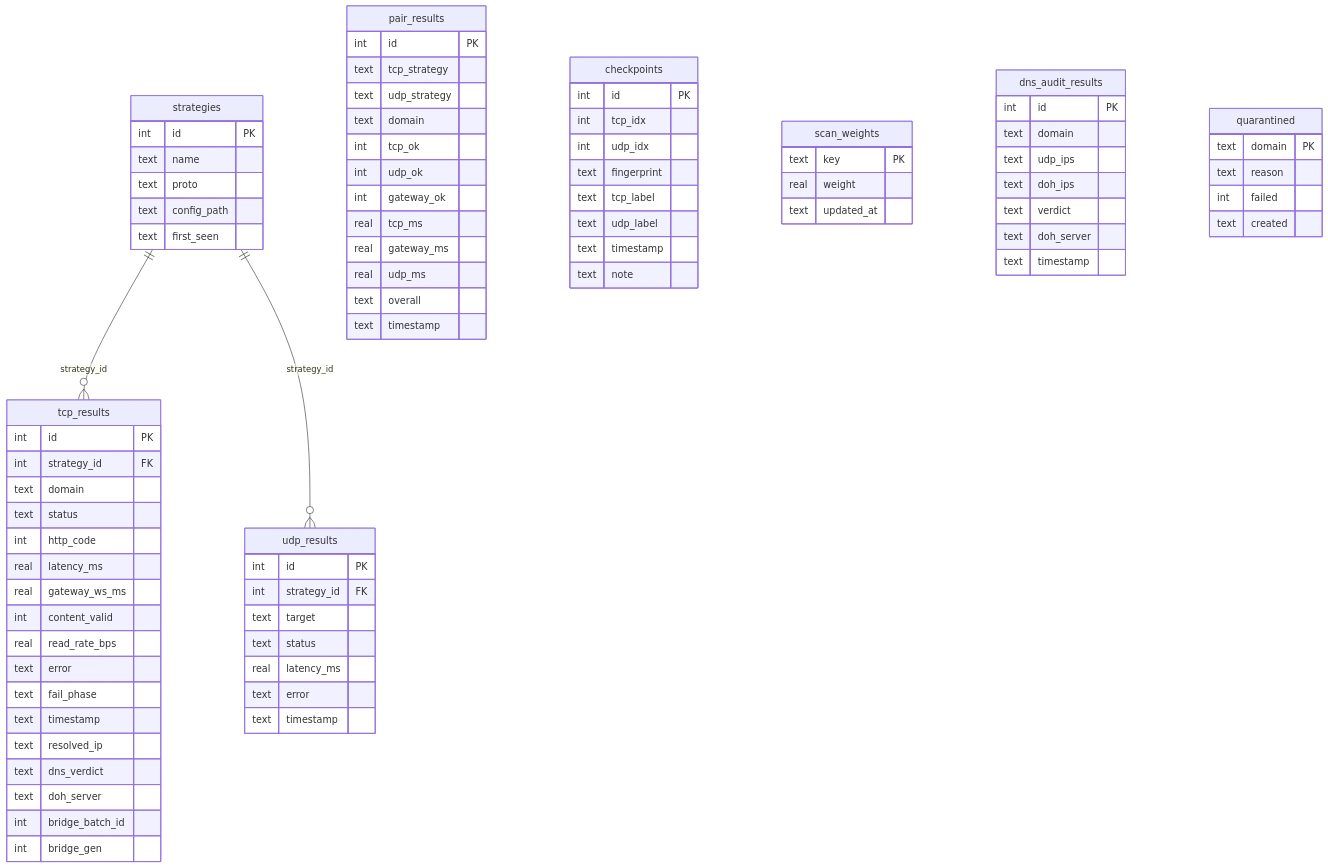
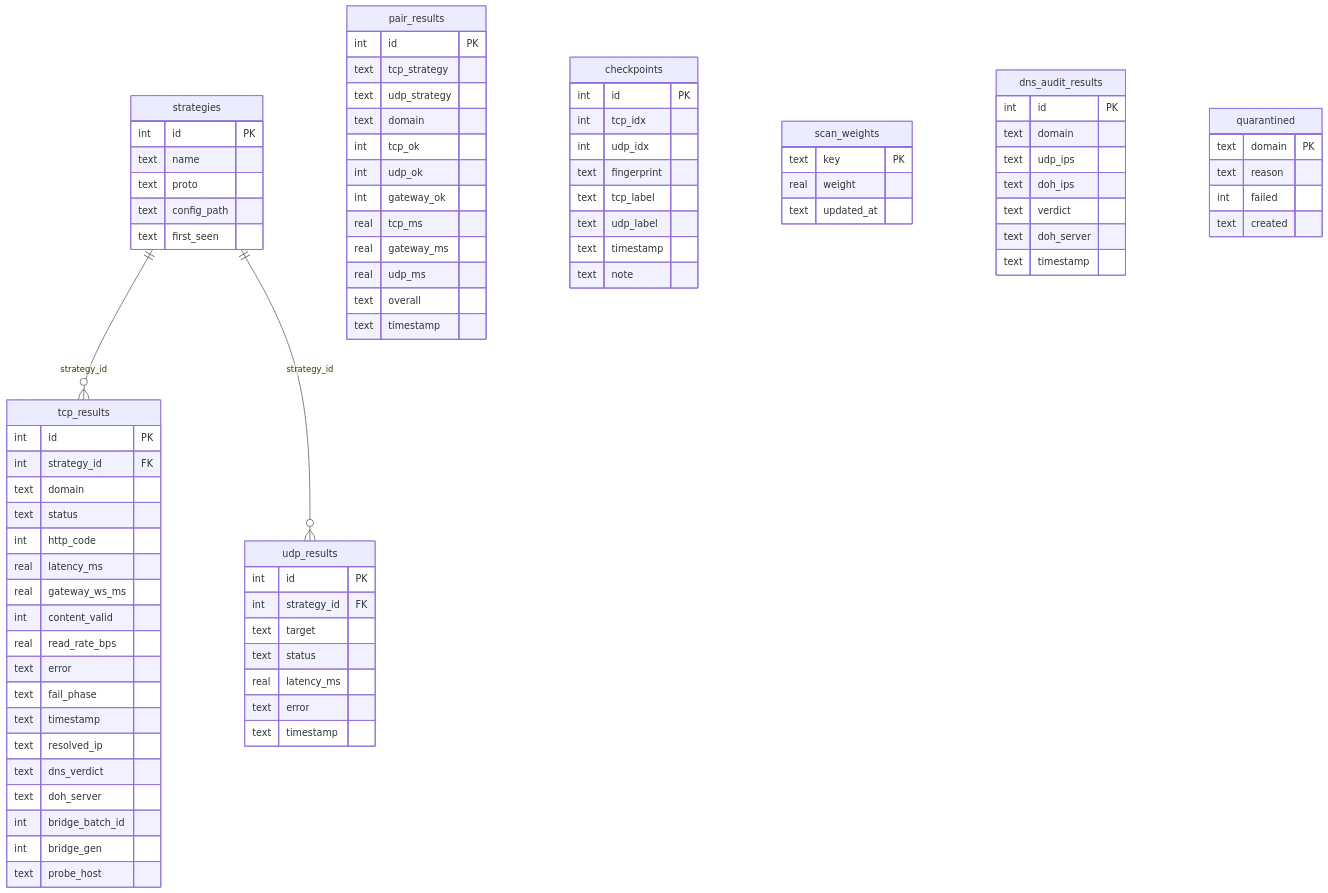
The diagram in docs/database.md (zhoel-sherk/blockcheckS), drawn with Mermaid before and after one commit. The commit also changed 3 other files, not shown here.

First line of the commit message:
Docs: GGC SNI-pool modes, IP chain, probe_host column, [google] section

```diff
--- a/docs/database.md
+++ b/docs/database.md
@@ -37,6 +37,7 @@
     text doh_server
     int bridge_batch_id
     int bridge_gen
+    text probe_host
   }
   udp_results {
     int id PK
```
